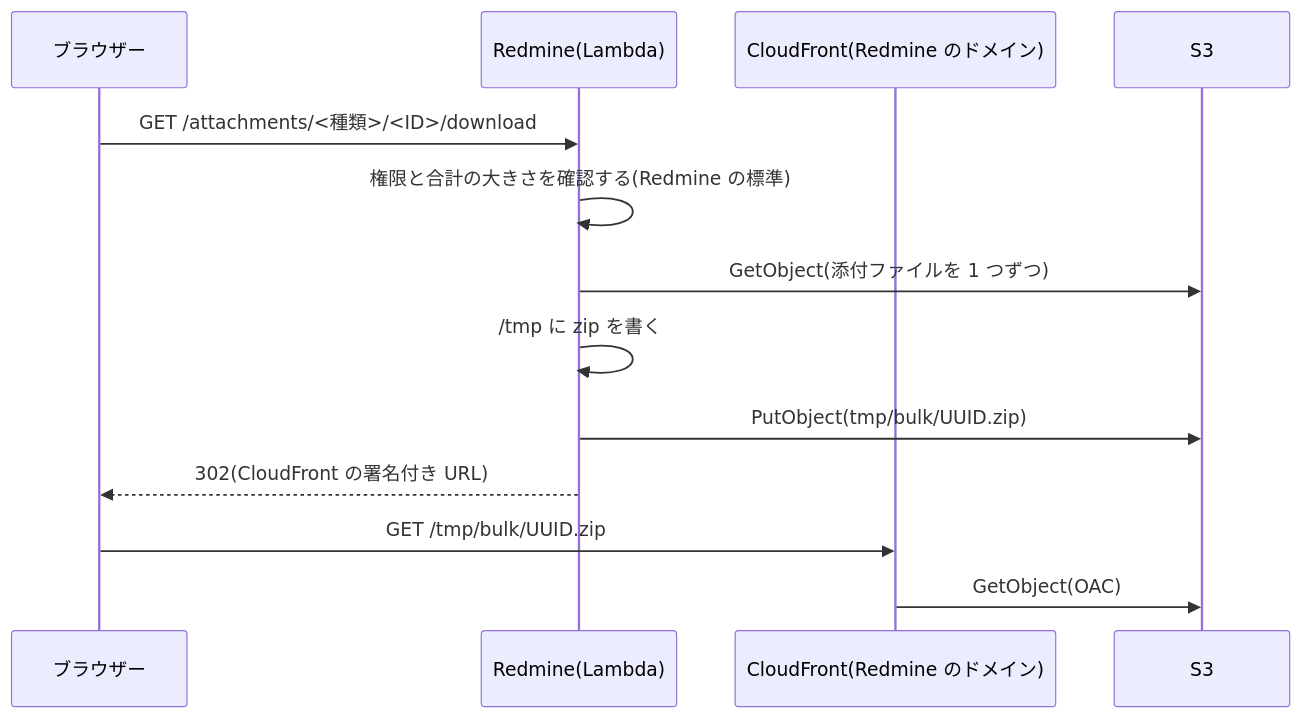
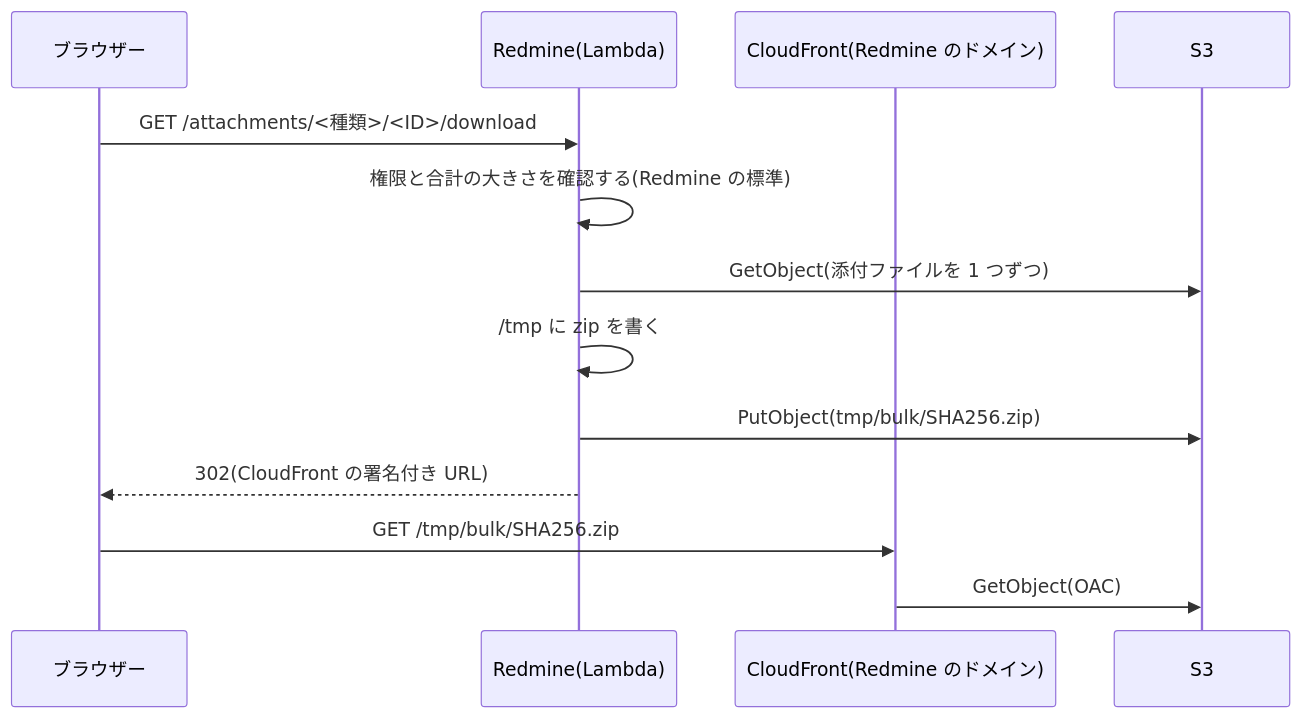
Before and after one commit to redmine-kit/redmine_aws_s3: the third of 3 diagrams in docs/ja/attachments.md, drawn with Mermaid. The commit also changed other lines of this file and 10 other files, not shown here.

````diff
--- a/docs/ja/attachments.md
+++ b/docs/ja/attachments.md
@@ -194,15 +195,15 @@
 ```mermaid
 sequenceDiagram
   participant B as ブラウザー
   participant R as Redmine(Lambda)
   participant C as CloudFront(Redmine のドメイン)
   participant S as S3
   B->>R: GET /attachments/<種類>/<ID>/download
   R->>R: 権限と合計の大きさを確認する(Redmine の標準)
   R->>S: GetObject(添付ファイルを 1 つずつ)
   R->>R: /tmp に zip を書く
-  R->>S: PutObject(tmp/bulk/UUID.zip)
+  R->>S: PutObject(tmp/bulk/SHA256.zip)
   R-->>B: 302(CloudFront の署名付き URL)
-  B->>C: GET /tmp/bulk/UUID.zip
+  B->>C: GET /tmp/bulk/SHA256.zip
   C->>S: GetObject(OAC)
 ```
````
